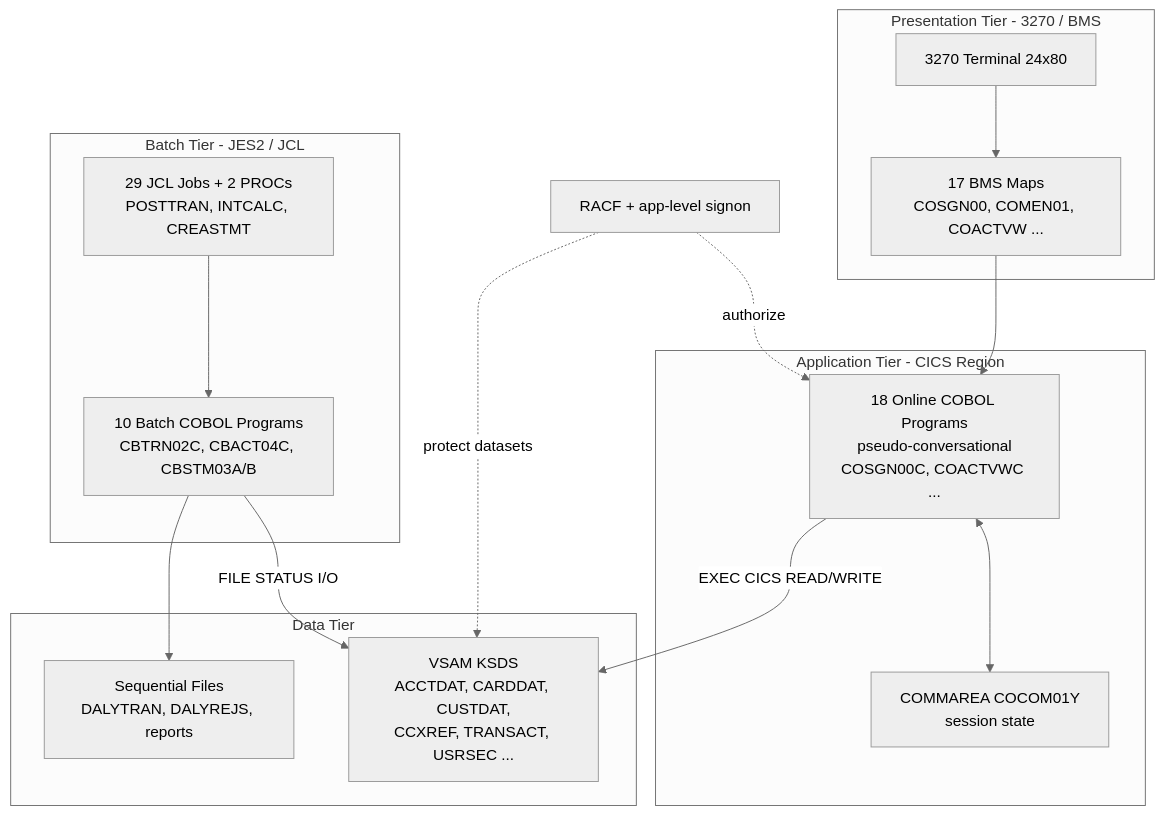
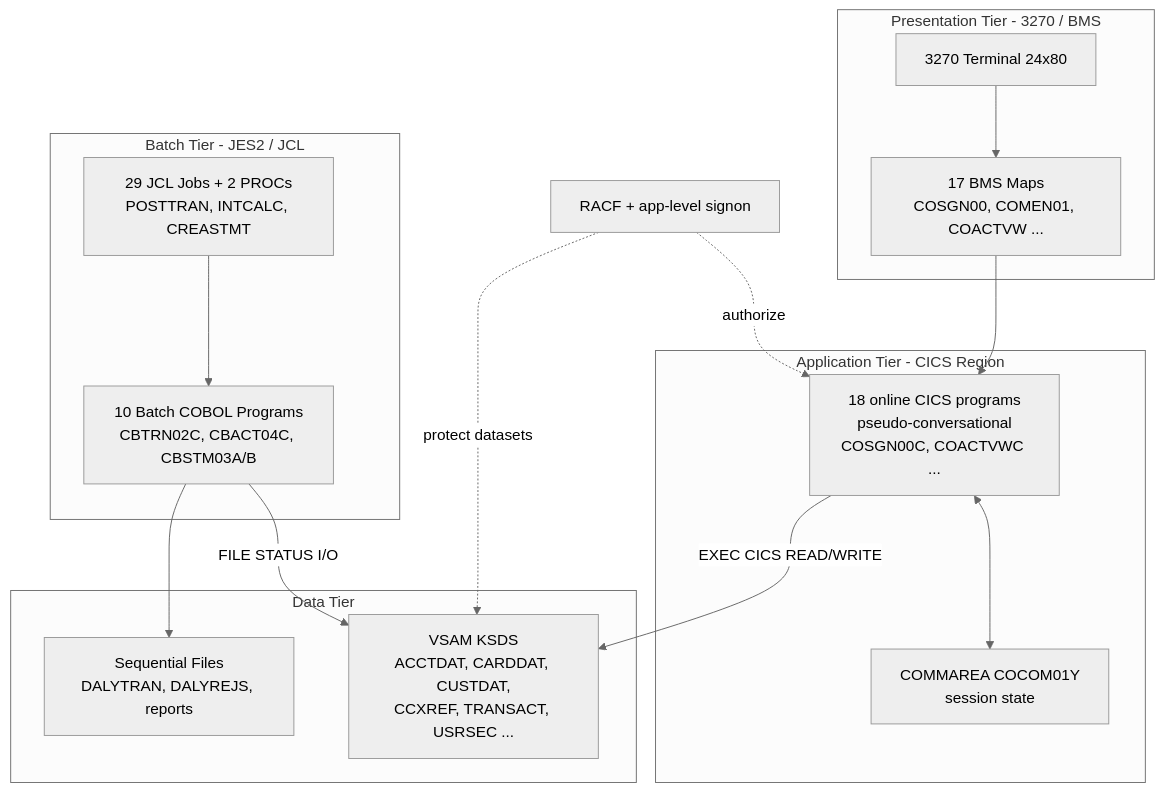
The first of 2 diagrams in docs/architecture/architecture.md (blitzy-public-samples/aws-carddemo-blitzy), drawn with Mermaid (neutral theme) before and after one commit. The commit also changed 12 other files, not shown here.

````diff
--- a/docs/architecture/architecture.md
+++ b/docs/architecture/architecture.md
@@ -23,32 +23,32 @@
 ```mermaid
 graph TD
     subgraph PRES["Presentation Tier - 3270 / BMS"]
         T1["3270 Terminal 24x80"]
         BMS["17 BMS Maps<br/>COSGN00, COMEN01, COACTVW ..."]
     end
     subgraph APP["Application Tier - CICS Region"]
-        ONL["18 Online COBOL Programs<br/>pseudo-conversational<br/>COSGN00C, COACTVWC ..."]
+        ONL["18 online CICS programs<br/>pseudo-conversational<br/>COSGN00C, COACTVWC ..."]
         CA["COMMAREA COCOM01Y<br/>session state"]
     end
     subgraph BATCH["Batch Tier - JES2 / JCL"]
         JCL["29 JCL Jobs + 2 PROCs<br/>POSTTRAN, INTCALC, CREASTMT"]
         BAT["10 Batch COBOL Programs<br/>CBTRN02C, CBACT04C, CBSTM03A/B"]
     end
     subgraph DATA["Data Tier"]
         VSAM["VSAM KSDS<br/>ACCTDAT, CARDDAT, CUSTDAT,<br/>CCXREF, TRANSACT, USRSEC ..."]
         SEQ["Sequential Files<br/>DALYTRAN, DALYREJS, reports"]
     end
     SEC["RACF + app-level signon"]
 
     T1 --> BMS --> ONL
     ONL <--> CA
     ONL -->|"EXEC CICS READ/WRITE"| VSAM
     JCL --> BAT
     BAT -->|"FILE STATUS I/O"| VSAM
     BAT --> SEQ
     SEC -.->|"authorize"| ONL
     SEC -.->|"protect datasets"| VSAM
 
     %% Legend: solid arrows = runtime data/control flow; dashed arrows = security/authorization.
     %% Tiers: Presentation (3270/BMS), Application (CICS online), Batch (JES2/JCL), Data (VSAM/sequential).
 ```
````
